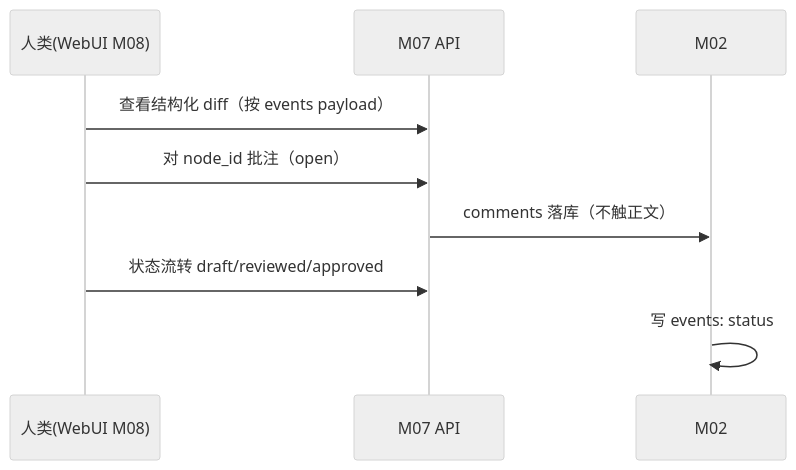
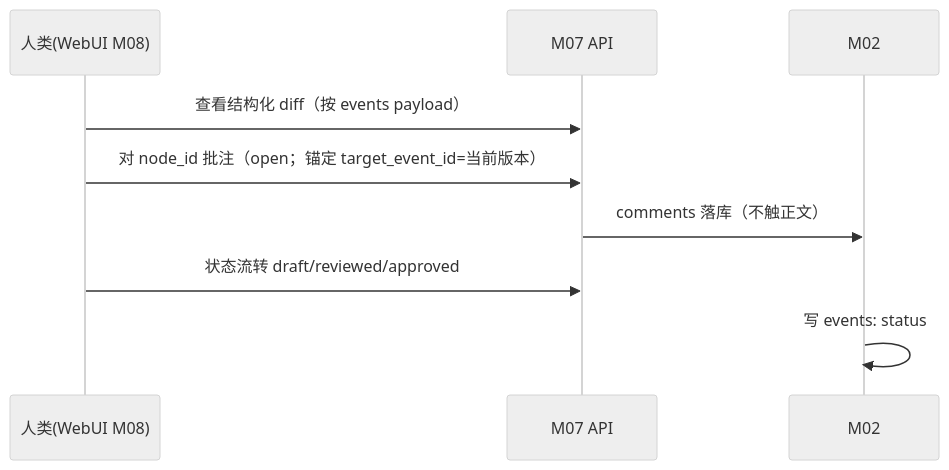
One commit to amoslee2026/AgenticDocer changed the fifth of 6 diagrams in spec/idea/design_doc.md. Above: the diagram before and after it, drawn with Mermaid (neutral theme). The commit also changed other lines of this file and 2 other files, not shown here.

````diff
--- a/spec/idea/design_doc.md
+++ b/spec/idea/design_doc.md
@@ -175,11 +219,11 @@
 ```mermaid
 sequenceDiagram
     participant H as 人类(WebUI M08)
     participant M7 as M07 API
     participant M2 as M02
     H->>M7: 查看结构化 diff（按 events payload）
-    H->>M7: 对 node_id 批注（open）
+    H->>M7: 对 node_id 批注（open；锚定 target_event_id=当前版本）
     M7->>M2: comments 落库（不触正文）
     H->>M7: 状态流转 draft/reviewed/approved
     M2->>M2: 写 events: status
 ```
````
